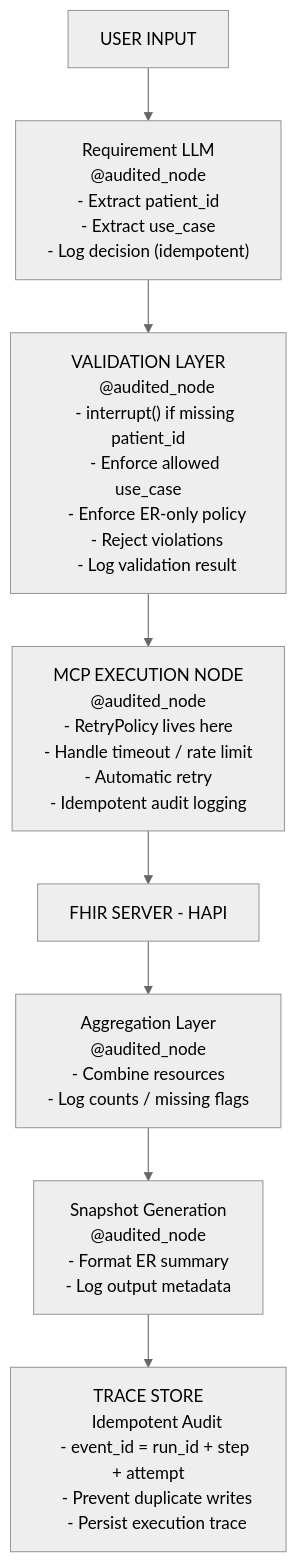
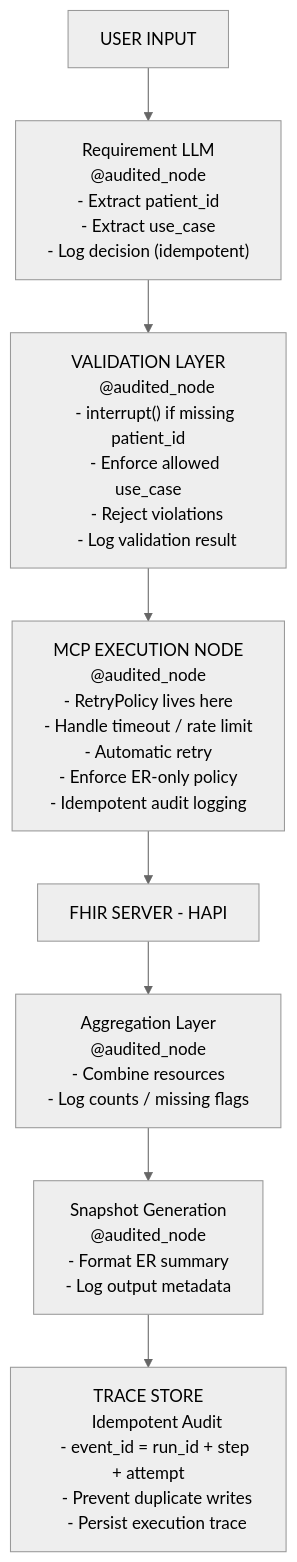
Before and after one commit to baicalein/Capstone_ER: the diagram in agent_system/ARCHITECTURE_OVERVIEW.md, drawn with Mermaid (neutral theme). The commit also changed other lines of this file, not shown here.

First line of the commit message:
Update ARCHITECTURE_OVERVIEW.md

````diff
--- a/agent_system/ARCHITECTURE_OVERVIEW.md
+++ b/agent_system/ARCHITECTURE_OVERVIEW.md
@@ -24,46 +24,46 @@
 ```mermaid
 flowchart TD
 
     A["USER INPUT"]
 
     B["Requirement LLM
     @audited_node
     - Extract patient_id
     - Extract use_case
     - Log decision (idempotent)"]
 
     C["VALIDATION LAYER
     @audited_node
     - interrupt() if missing patient_id
     - Enforce allowed use_case
-    - Enforce ER-only policy
     - Reject violations
     - Log validation result"]
 
     D["MCP EXECUTION NODE
     @audited_node
     - RetryPolicy lives here
     - Handle timeout / rate limit
     - Automatic retry
+    - Enforce ER-only policy
     - Idempotent audit logging"]
 
     E["FHIR SERVER - HAPI"]
 
     F["Aggregation Layer
     @audited_node
     - Combine resources
     - Log counts / missing flags"]
 
     G["Snapshot Generation
     @audited_node
     - Format ER summary
     - Log output metadata"]
 
     H["TRACE STORE
     Idempotent Audit
     - event_id = run_id + step + attempt
     - Prevent duplicate writes
     - Persist execution trace"]
 
     A --> B --> C --> D --> E --> F --> G --> H
 ```
````
